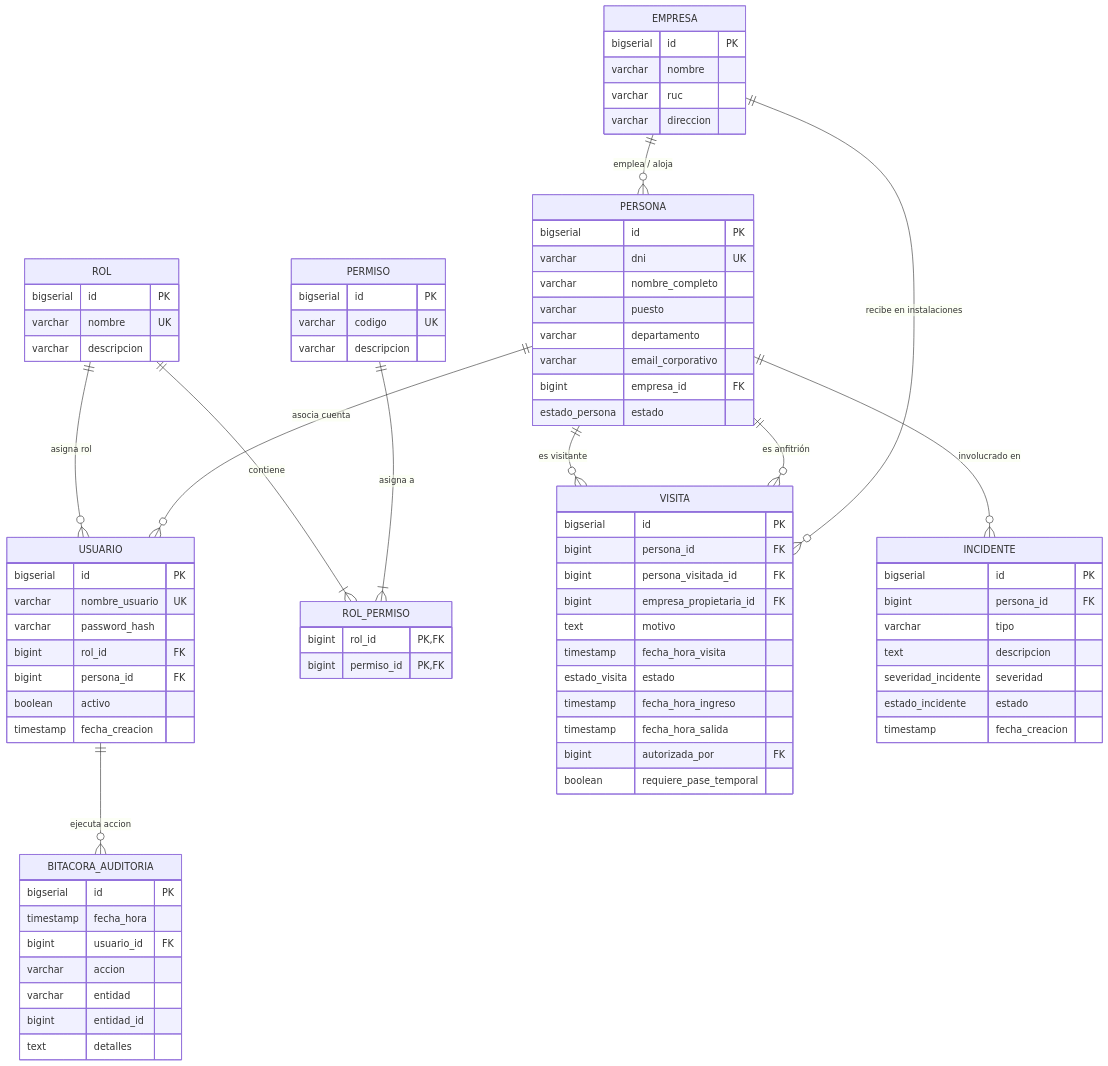
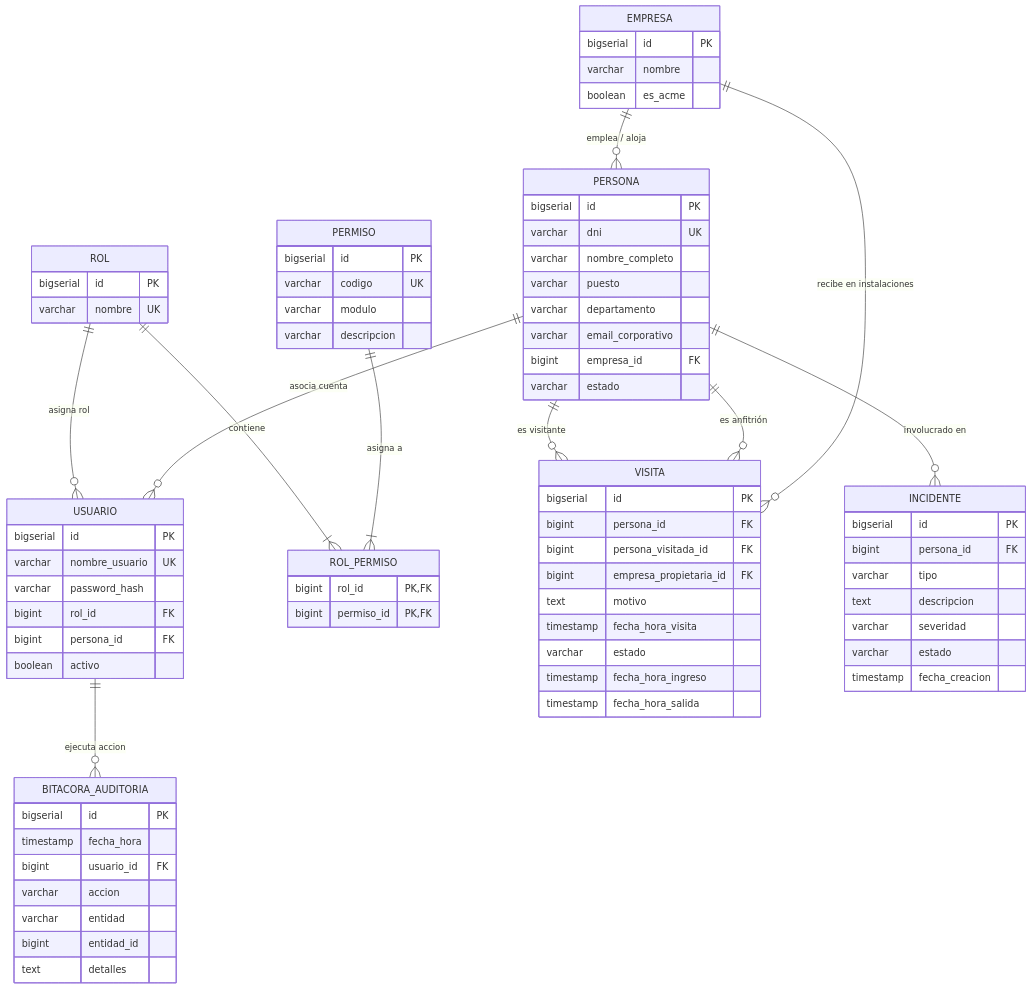
The second of 2 diagrams in README.md (Cristixn04/SICA-ACME), drawn with Mermaid before and after one commit. The commit also changed other lines of this file, not shown here.

```diff
--- a/README.md
+++ b/README.md
@@ -104,8 +244,7 @@
     EMPRESA {
         bigserial id PK
         varchar nombre
-        varchar ruc
-        varchar direccion
+        boolean es_acme
     }
 
     PERSONA {
@@ -116,18 +255,18 @@
         varchar departamento
         varchar email_corporativo
         bigint empresa_id FK
-        estado_persona estado
+        varchar estado
     }
 
     ROL {
         bigserial id PK
         varchar nombre UK
-        varchar descripcion
     }
 
     PERMISO {
         bigserial id PK
         varchar codigo UK
+        varchar modulo
         varchar descripcion
     }
 
@@ -143,7 +282,6 @@
         bigint rol_id FK
         bigint persona_id FK
         boolean activo
-        timestamp fecha_creacion
     }
 
     VISITA {
@@ -153,11 +291,9 @@
         bigint empresa_propietaria_id FK
         text motivo
         timestamp fecha_hora_visita
-        estado_visita estado
+        varchar estado
         timestamp fecha_hora_ingreso
         timestamp fecha_hora_salida
-        bigint autorizada_por FK
-        boolean requiere_pase_temporal
     }
 
     INCIDENTE {
@@ -165,8 +301,8 @@
         bigint persona_id FK
         varchar tipo
         text descripcion
-        severidad_incidente severidad
-        estado_incidente estado
+        varchar severidad
+        varchar estado
         timestamp fecha_creacion
     }
 
```
